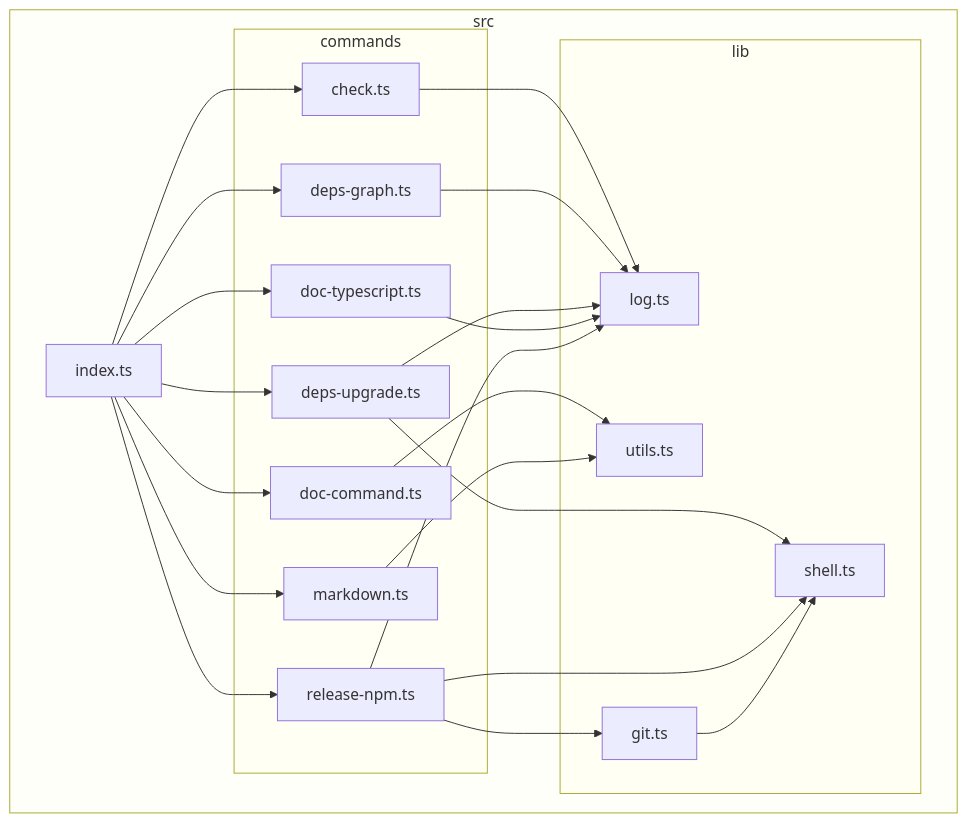
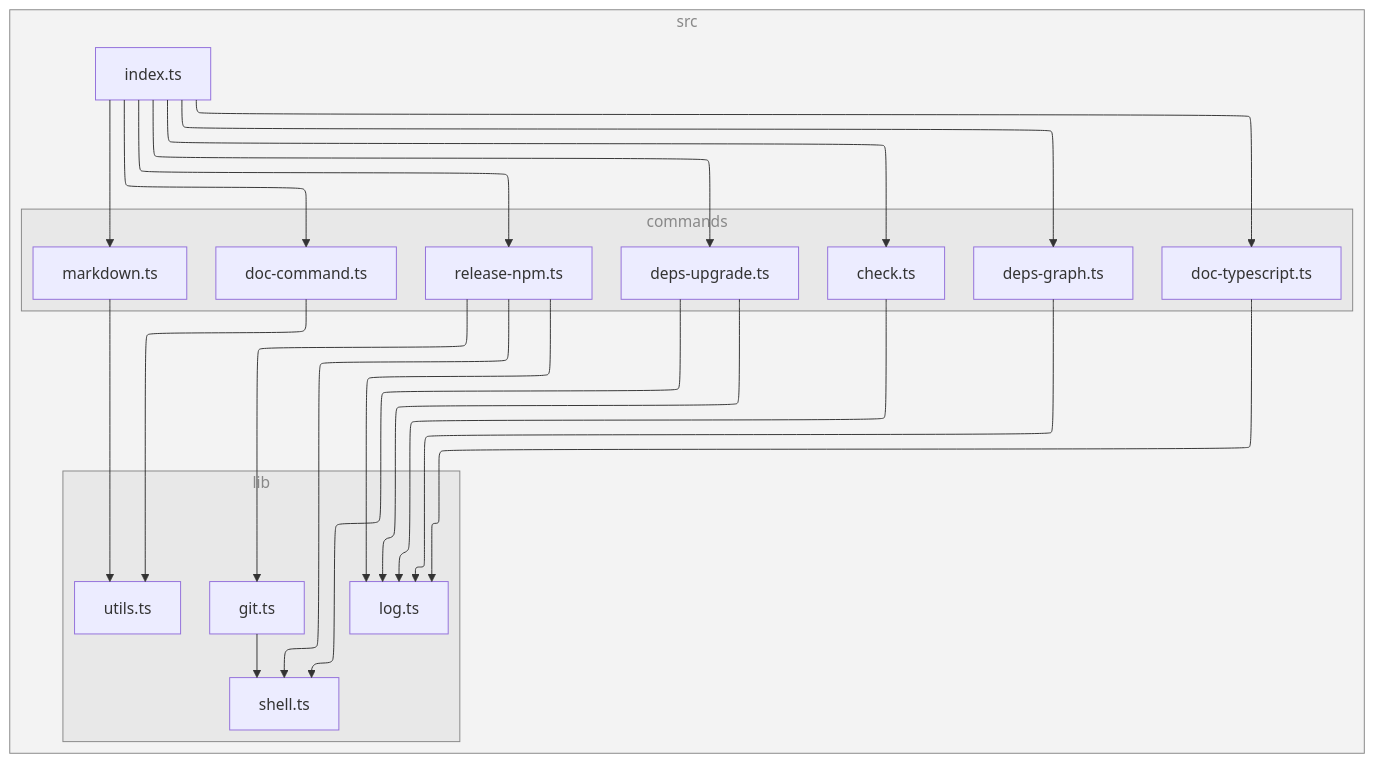
One commit to versatiles-org/node-release-tool changed the diagram in README.md. Above: the diagram before and after it, drawn with Mermaid. The commit also changed 2 other files, not shown here.

Commit message:
feat: use better flowchart engine

````diff
--- a/README.md
+++ b/README.md
@@ -194,44 +194,47 @@
 ```mermaid
+---
+config:
+  layout: elk
+---
 flowchart TB
 
 subgraph 0["src"]
 subgraph 1["commands"]
 2["check.ts"]
 5["deps-graph.ts"]
 6["deps-upgrade.ts"]
 8["doc-command.ts"]
 A["doc-typescript.ts"]
 B["markdown.ts"]
 C["release-npm.ts"]
 end
 subgraph 3["lib"]
 4["log.ts"]
 7["shell.ts"]
 9["utils.ts"]
 D["git.ts"]
 end
 E["index.ts"]
 end
 2-->4
 5-->4
 6-->4
 6-->7
 8-->9
 A-->4
 B-->9
 C-->D
 C-->4
 C-->7
 D-->7
 E-->2
 E-->5
 E-->6
 E-->8
 E-->A
 E-->B
 E-->C
 
-style 0 fill-opacity:0.2
-style 1 fill-opacity:0.2
-style 3 fill-opacity:0.2
+class 0,1,3 subgraphs;
+classDef subgraphs fill-opacity:0.1, fill:#888, color:#888, stroke:#888;
 ```
````
